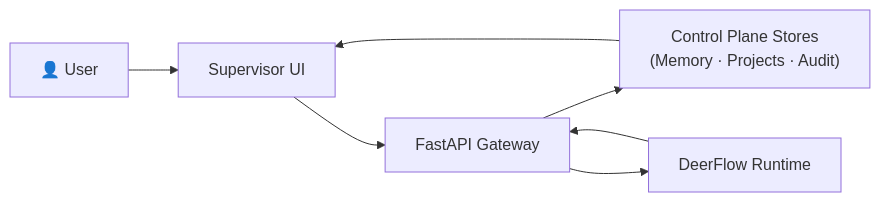
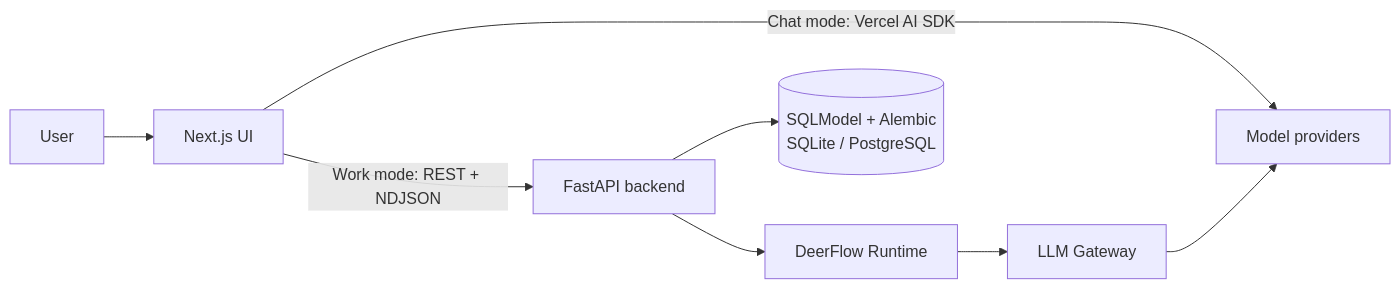
The diagram in README.md (rongxinzy/SwarmMind), drawn with Mermaid before and after one commit. The commit also changed other lines of this file and 135 other files, not shown here.

````diff
--- a/README.md
+++ b/README.md
@@ -67,9 +41,10 @@
 ```mermaid
 flowchart LR
-  U["👤 User"] --> UI["Supervisor UI"]
-  UI --> API["FastAPI Gateway"]
-  API --> CP["Control Plane Stores\n(Memory · Projects · Audit)"]
+  U["User"] --> UI["Next.js UI"]
+  UI -->|"Chat mode: Vercel AI SDK"| LLM["Model providers"]
+  UI -->|"Work mode: REST + NDJSON"| API["FastAPI backend"]
   API --> RT["DeerFlow Runtime"]
-  CP --> UI
-  RT --> API
+  RT --> GW["LLM Gateway"]
+  GW --> LLM
+  API --> DB[("SQLModel + Alembic<br/>SQLite / PostgreSQL")]
 ```
````
